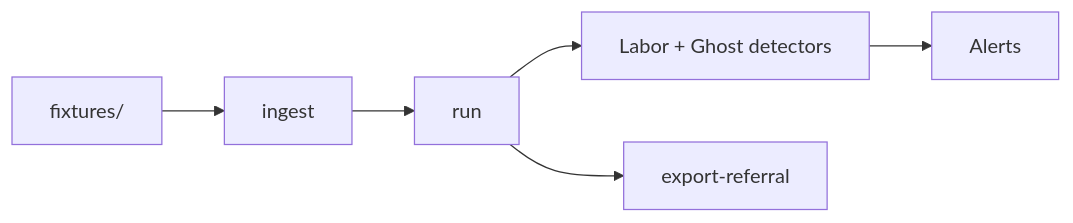
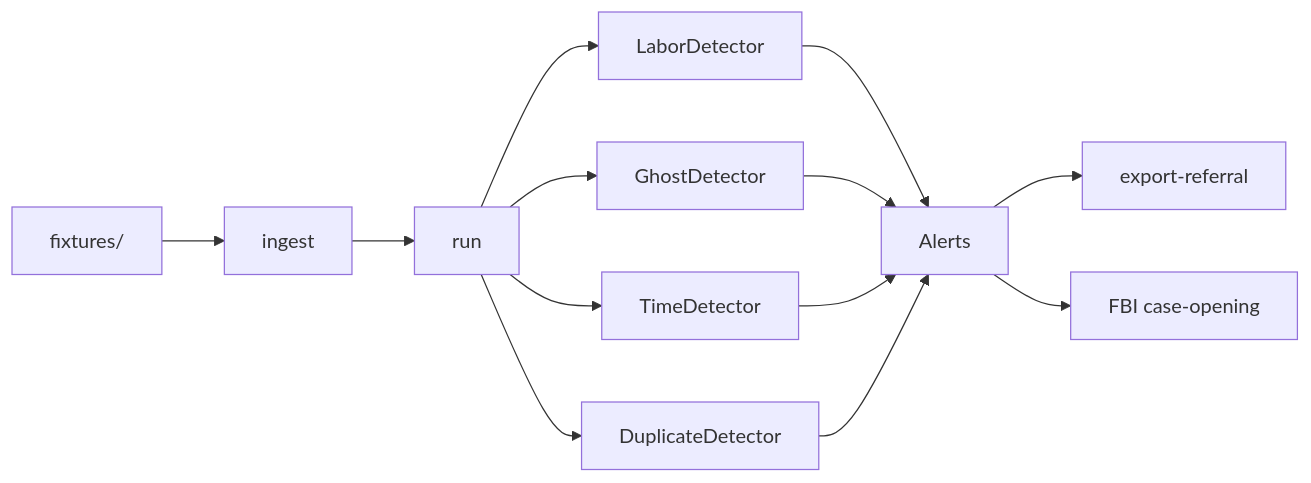
The diagram in README.md (GotEmCoach/whyyoulying), drawn with Mermaid before and after one commit. The commit also changed other lines of this file, not shown here.

First line of the commit message:
README: accurate metrics, full subcommand docs, fix architecture diagram

````diff
--- a/README.md
+++ b/README.md
@@ -19,8 +17,15 @@
 ```mermaid
 flowchart LR
     Data[fixtures/] --> Ingest[ingest]
     Ingest --> Run[run]
-    Run --> Detectors[Labor + Ghost detectors]
-    Detectors --> Alerts[Alerts]
-    Run --> Export[export-referral]
+    Run --> LD[LaborDetector]
+    Run --> GD[GhostDetector]
+    Run --> TD[TimeDetector]
+    Run --> DD[DuplicateDetector]
+    LD --> Alerts[Alerts]
+    GD --> Alerts
+    TD --> Alerts
+    DD --> Alerts
+    Alerts --> Export[export-referral]
+    Alerts --> FBI[FBI case-opening]
 ```
````
